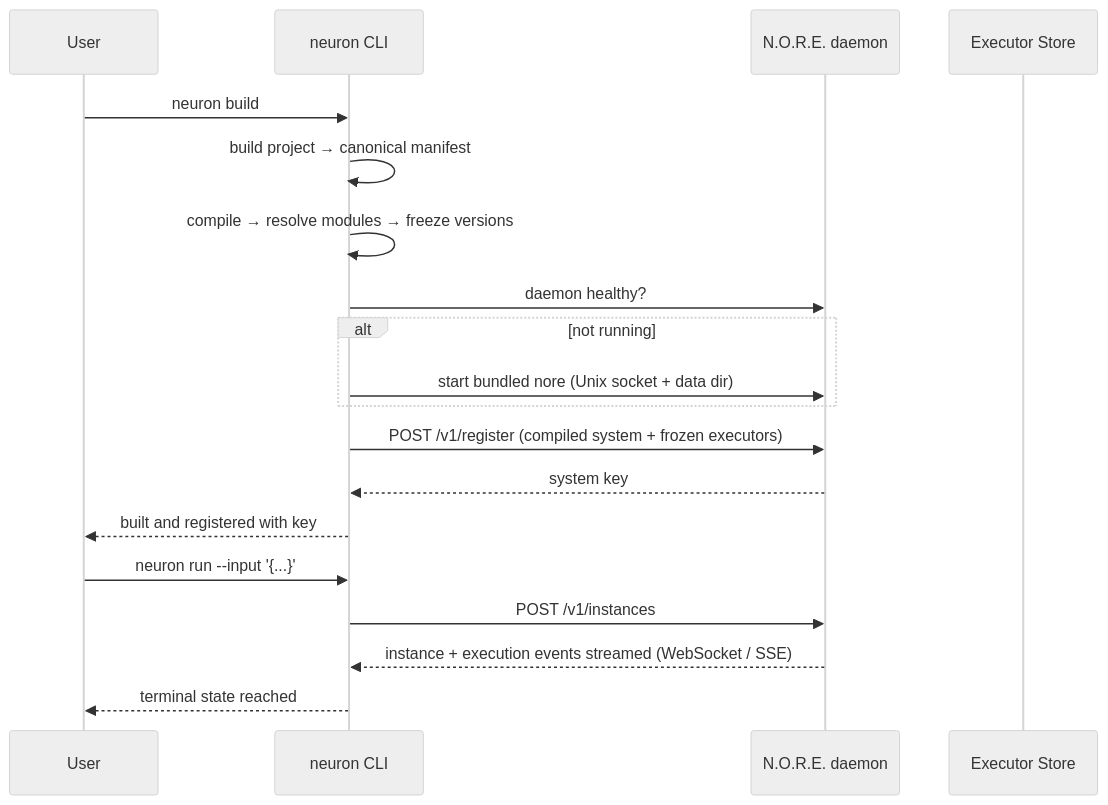
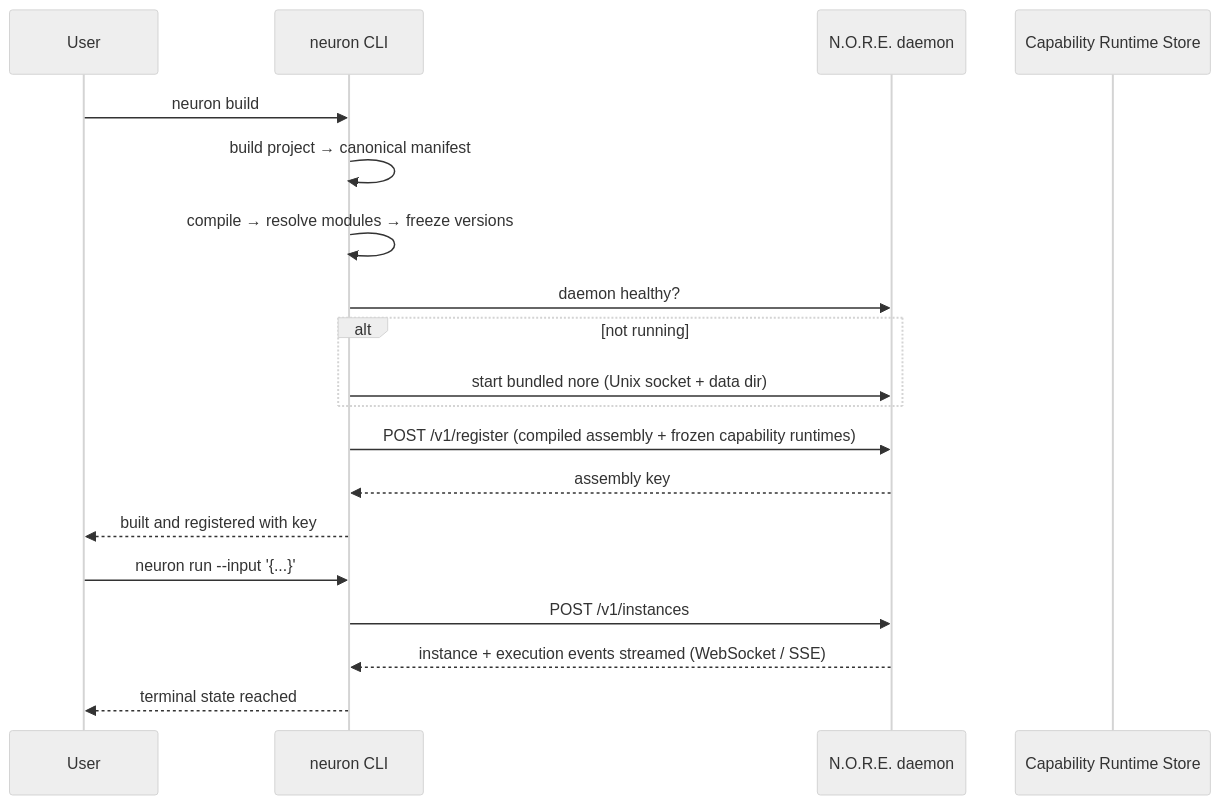
The first of 2 diagrams in application/README.md (neuron-runtime/neuron), drawn with Mermaid (neutral theme) before and after one commit. The commit also changed other lines of this file and 119 other files, not shown here.

````diff
--- a/application/README.md
+++ b/application/README.md
@@ -10,23 +10,23 @@
 ```mermaid
 sequenceDiagram
     participant U as User
     participant C as neuron CLI
     participant D as N.O.R.E. daemon
-    participant S as Executor Store
+    participant S as Capability Runtime Store
 
     U->>C: neuron build
     C->>C: build project → canonical manifest
     C->>C: compile → resolve modules → freeze versions
     C->>D: daemon healthy?
     alt not running
         C->>D: start bundled nore (Unix socket + data dir)
     end
-    C->>D: POST /v1/register (compiled system + frozen executors)
-    D-->>C: system key
+    C->>D: POST /v1/register (compiled assembly + frozen capability runtimes)
+    D-->>C: assembly key
     C-->>U: built and registered with key
 
     U->>C: neuron run --input '{...}'
     C->>D: POST /v1/instances
     D-->>C: instance + execution events streamed (WebSocket / SSE)
     C-->>U: terminal state reached
 ```
````
